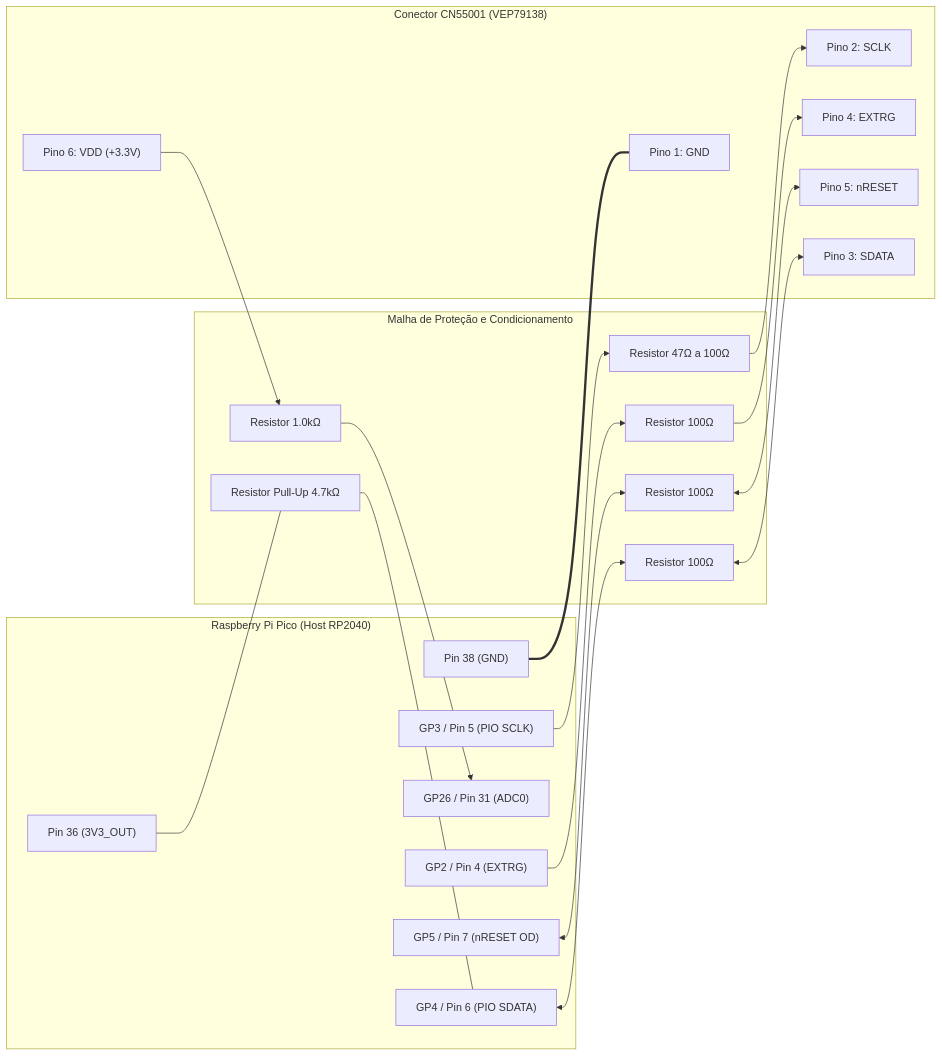
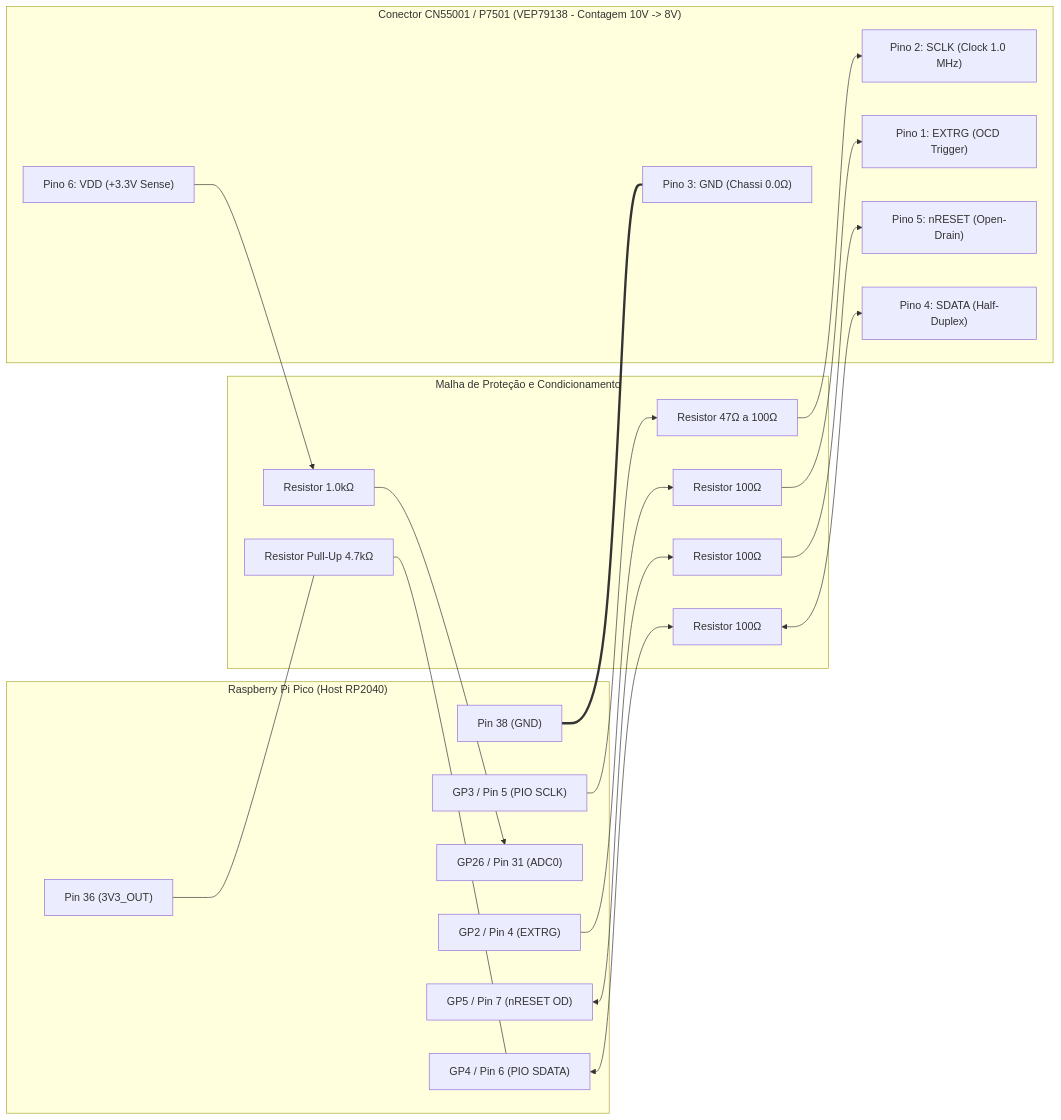
Before and after one commit to danielchrono/Panadiga: the diagram in dwire32a_jtag_research/GUIA_BANCADA_DWIRE32A_SEM_DESSOLDA.md, drawn with Mermaid. The commit also changed other lines of this file and 22 other files, not shown here.

````diff
--- a/dwire32a_jtag_research/GUIA_BANCADA_DWIRE32A_SEM_DESSOLDA.md
+++ b/dwire32a_jtag_research/GUIA_BANCADA_DWIRE32A_SEM_DESSOLDA.md
@@ -184,38 +185,38 @@
 ```mermaid
 flowchart LR
     subgraph PICO["Raspberry Pi Pico (Host RP2040)"]
         GND_P["Pin 38 (GND)"]
         SCLK_P["GP3 / Pin 5 (PIO SCLK)"]
         SDATA_P["GP4 / Pin 6 (PIO SDATA)"]
         PU_P["Pin 36 (3V3_OUT)"]
         EXTRG_P["GP2 / Pin 4 (EXTRG)"]
         RESET_P["GP5 / Pin 7 (nRESET OD)"]
         ADC_P["GP26 / Pin 31 (ADC0)"]
     end
 
     subgraph NETWORK["Malha de Proteção e Condicionamento"]
         R_CLK["Resistor 47Ω a 100Ω"]
         R_DAT["Resistor 100Ω"]
         R_PU["Resistor Pull-Up 4.7kΩ"]
         R_TRG["Resistor 100Ω"]
         R_RST["Resistor 100Ω"]
         R_ADC["Resistor 1.0kΩ"]
     end
 
-    subgraph TARGET["Conector CN55001 (VEP79138)"]
-        CN_1["Pino 1: GND"]
-        CN_2["Pino 2: SCLK"]
-        CN_3["Pino 3: SDATA"]
-        CN_4["Pino 4: EXTRG"]
-        CN_5["Pino 5: nRESET"]
-        CN_6["Pino 6: VDD (+3.3V)"]
+    subgraph TARGET["Conector CN55001 / P7501 (VEP79138 - Contagem 10V -> 8V)"]
+        CN_1["Pino 1: EXTRG (OCD Trigger)"]
+        CN_2["Pino 2: SCLK (Clock 1.0 MHz)"]
+        CN_3["Pino 3: GND (Chassi 0.0Ω)"]
+        CN_4["Pino 4: SDATA (Half-Duplex)"]
+        CN_5["Pino 5: nRESET (Open-Drain)"]
+        CN_6["Pino 6: VDD (+3.3V Sense)"]
     end
 
-    GND_P === CN_1
+    GND_P === CN_3
     SCLK_P --> R_CLK --> CN_2
     PU_P --- R_PU --- SDATA_P
-    SDATA_P <--> R_DAT <--> CN_3
-    EXTRG_P --> R_TRG --> CN_4
-    RESET_P <--> R_RST <--> CN_5
+    SDATA_P <--> R_DAT <--> CN_4
+    EXTRG_P --> R_TRG --> CN_1
+    RESET_P <--> R_RST --> CN_5
     CN_6 --> R_ADC --> ADC_P
 ```
````
